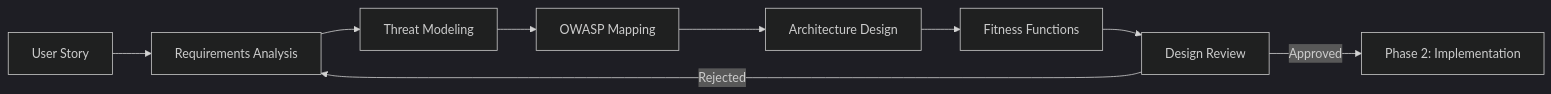
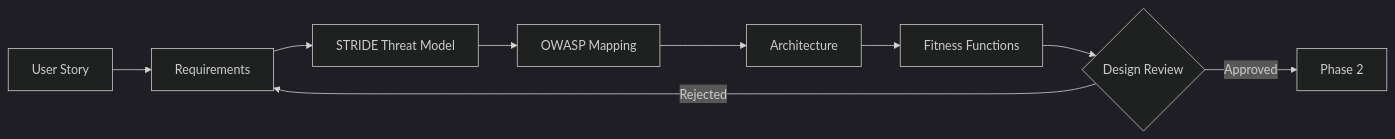
One commit to AliceNN-ucdenver/MaintainabilityAI changed the diagram in site-tw/public/docs/sdlc/phase1-design.md. Above: the diagram before and after it, drawn with Mermaid (dark theme). The commit also changed other lines of this file and 99 other files, not shown here.

````diff
--- a/site-tw/public/docs/sdlc/phase1-design.md
+++ b/site-tw/public/docs/sdlc/phase1-design.md
@@ -23,11 +18,11 @@
 ```mermaid
 flowchart LR
-    A[User Story] --> B[Requirements Analysis]
-    B --> C[Threat Modeling]
+    A[User Story] --> B[Requirements]
+    B --> C[STRIDE Threat Model]
     C --> D[OWASP Mapping]
-    D --> E[Architecture Design]
+    D --> E[Architecture]
     E --> F[Fitness Functions]
-    F --> G[Design Review]
-    G -->|Approved| H[Phase 2: Implementation]
+    F --> G{Design Review}
+    G -->|Approved| H[Phase 2]
     G -->|Rejected| B
 ```
````
